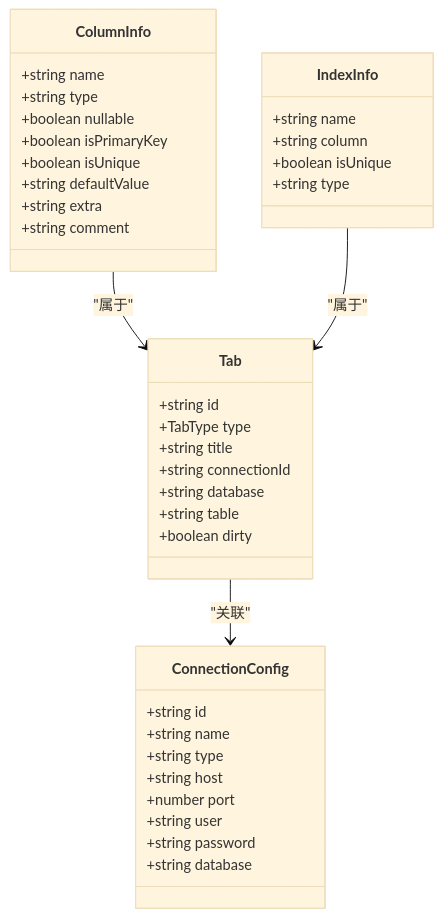
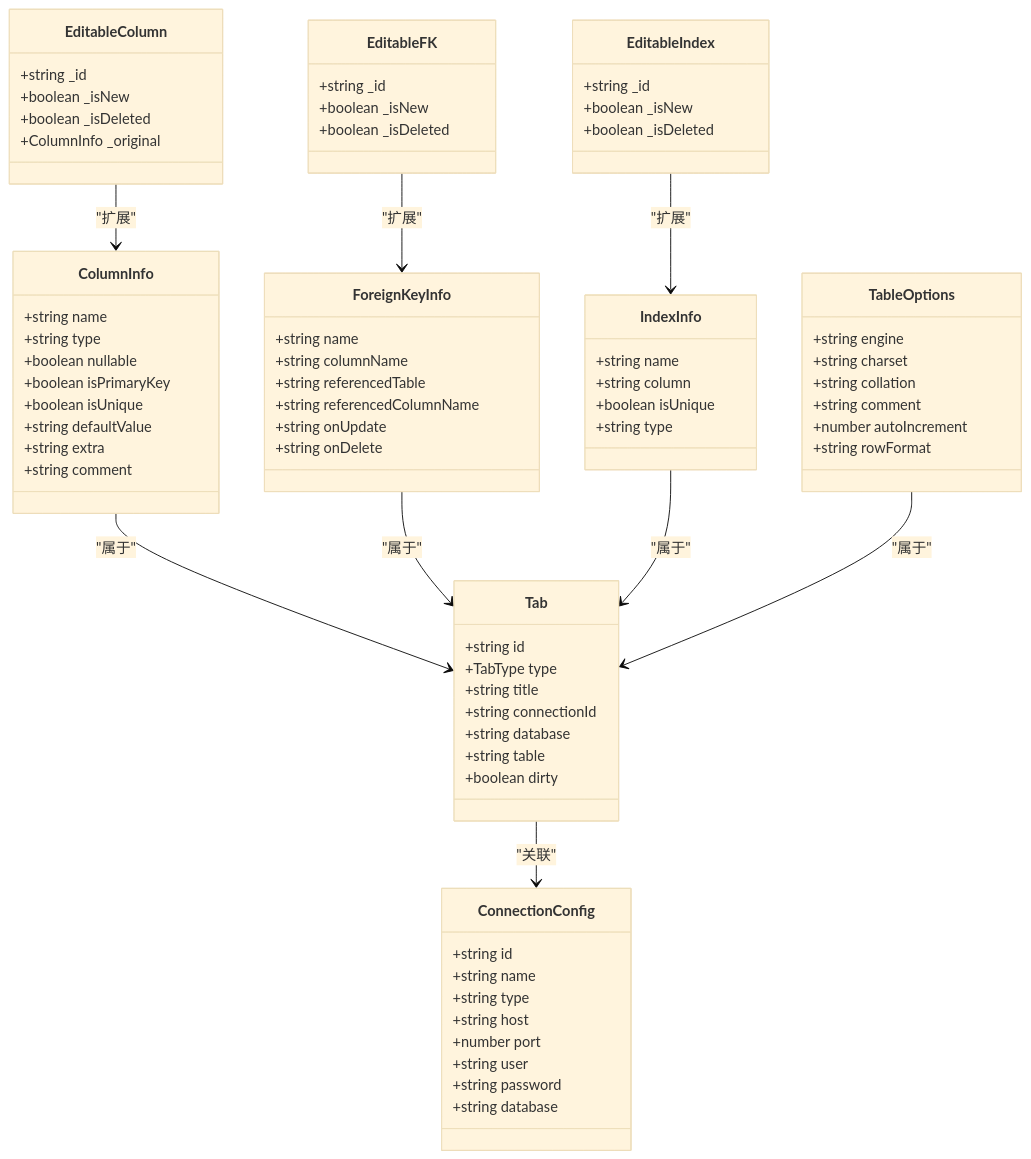
One commit to wwenbo2048/nexsql changed the second of 16 diagrams in .qoder/repowiki/zh/content/前端组件系统/表设计组件.md. Above: the diagram before and after it, drawn with Mermaid (base theme). The commit also changed other lines of this file and 19 other files, not shown here.

````diff
--- a/.qoder/repowiki/zh/content/前端组件系统/表设计组件.md
+++ b/.qoder/repowiki/zh/content/前端组件系统/表设计组件.md
@@ -90,41 +119,78 @@
 ```mermaid
 classDiagram
 class ColumnInfo {
 +string name
 +string type
 +boolean nullable
 +boolean isPrimaryKey
 +boolean isUnique
 +string defaultValue
 +string extra
 +string comment
 }
+class EditableColumn {
++string _id
++boolean _isNew
++boolean _isDeleted
++ColumnInfo _original
+}
+class ForeignKeyInfo {
++string name
++string columnName
++string referencedTable
++string referencedColumnName
++string onUpdate
++string onDelete
+}
+class EditableFK {
++string _id
++boolean _isNew
++boolean _isDeleted
+}
 class IndexInfo {
 +string name
 +string column
 +boolean isUnique
 +string type
+}
+class EditableIndex {
++string _id
++boolean _isNew
++boolean _isDeleted
+}
+class TableOptions {
++string engine
++string charset
++string collation
++string comment
++number autoIncrement
++string rowFormat
 }
 class Tab {
 +string id
 +TabType type
 +string title
 +string connectionId
 +string database
 +string table
 +boolean dirty
 }
 class ConnectionConfig {
 +string id
 +string name
 +string type
 +string host
 +number port
 +string user
 +string password
 +string database
 }
 ColumnInfo --> Tab : "属于"
+ForeignKeyInfo --> Tab : "属于"
 IndexInfo --> Tab : "属于"
+TableOptions --> Tab : "属于"
+EditableColumn --> ColumnInfo : "扩展"
+EditableFK --> ForeignKeyInfo : "扩展"
+EditableIndex --> IndexInfo : "扩展"
 Tab --> ConnectionConfig : "关联"
 ```
````
